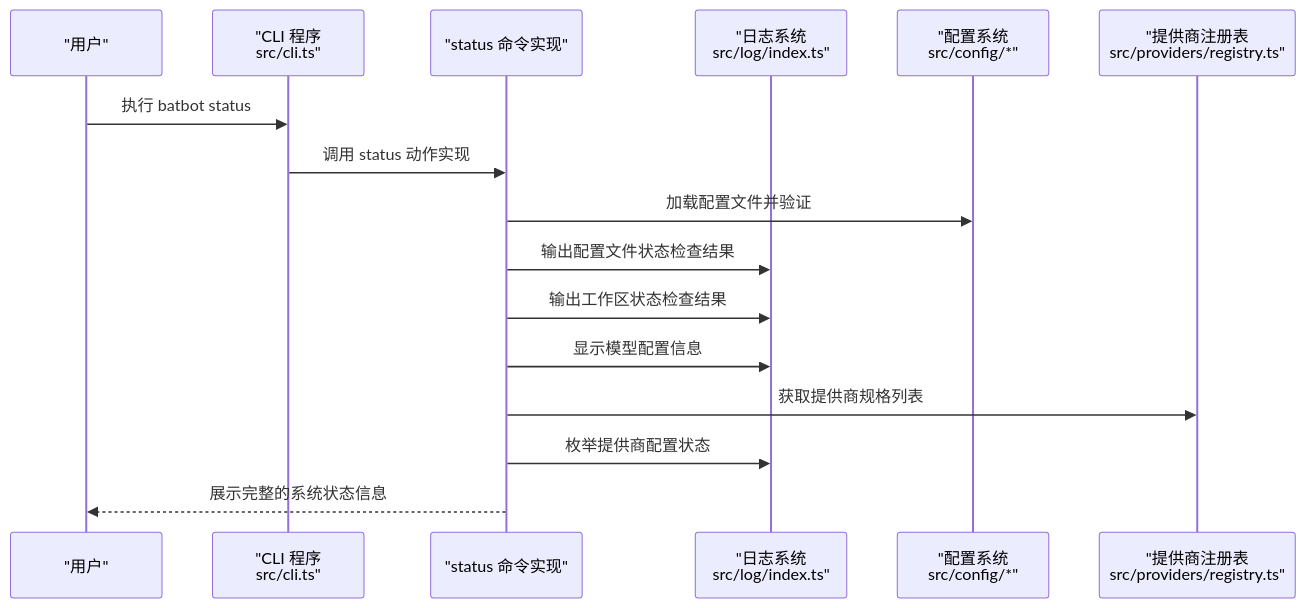
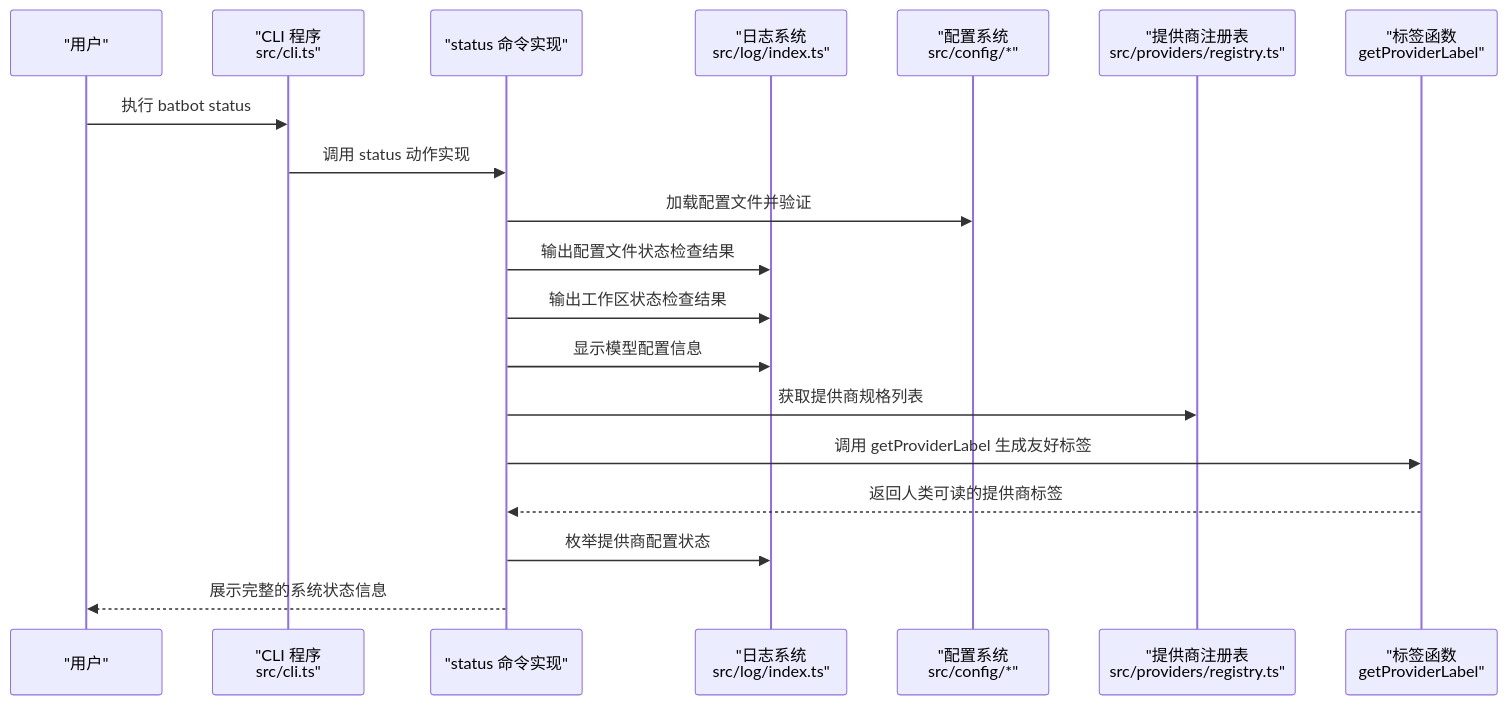
Before and after one commit to neciszhang/batbot: the second of 3 diagrams in .qoder/repowiki/zh/content/命令参考手册/状态命令 (status).md, drawn with Mermaid. The commit also changed other lines of this file and 4 other files, not shown here.

````diff
--- a/.qoder/repowiki/zh/content/命令参考手册/状态命令 (status).md
+++ b/.qoder/repowiki/zh/content/命令参考手册/状态命令 (status).md
@@ -92,18 +108,21 @@
 ```mermaid
 sequenceDiagram
 participant U as "用户"
 participant P as "CLI 程序<br/>src/cli.ts"
 participant S as "status 命令实现"
 participant L as "日志系统<br/>src/log/index.ts"
 participant C as "配置系统<br/>src/config/*"
 participant R as "提供商注册表<br/>src/providers/registry.ts"
+participant G as "标签函数<br/>getProviderLabel"
 U->>P : 执行 batbot status
 P->>S : 调用 status 动作实现
 S->>C : 加载配置文件并验证
 S->>L : 输出配置文件状态检查结果
 S->>L : 输出工作区状态检查结果
 S->>L : 显示模型配置信息
 S->>R : 获取提供商规格列表
+S->>G : 调用 getProviderLabel 生成友好标签
+G-->>S : 返回人类可读的提供商标签
 S->>L : 枚举提供商配置状态
 S-->>U : 展示完整的系统状态信息
 ```
````
